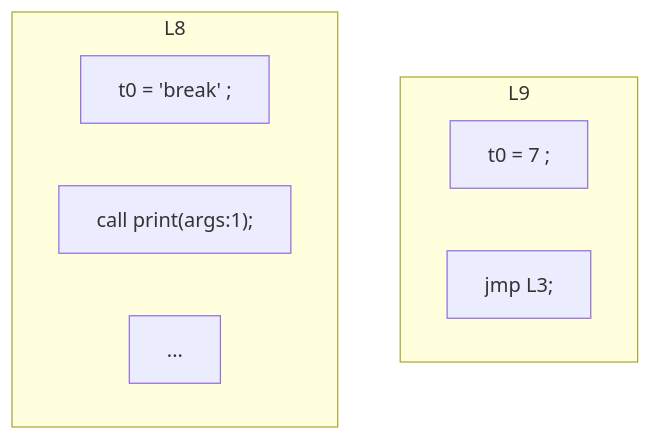
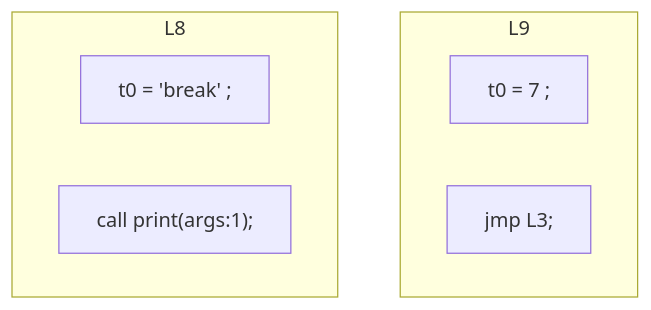
One commit to whtoo/How_to_implment_PL_in_Antlr4 changed the first of 2 diagrams in ep20/docs/ep20-improvements-summary.md. Above: the diagram before and after it, drawn with Mermaid. The commit also changed other lines of this file and 11 other files, not shown here.

First line of the commit message:
docs(README): 更新项目文档和架构图

````diff
--- a/ep20/docs/ep20-improvements-summary.md
+++ b/ep20/docs/ep20-improvements-summary.md
@@ -108,12 +130,11 @@
 ```mermaid
 graph TD
     subgraph L9
     Q0["t0 =  7 ;"]
     Q1["jmp L3;"]
     end
     subgraph L8
     Q2["t0 =  'break' ;"]
     Q3["call print(args:1);"]
-    ...
     end
 ```
````
